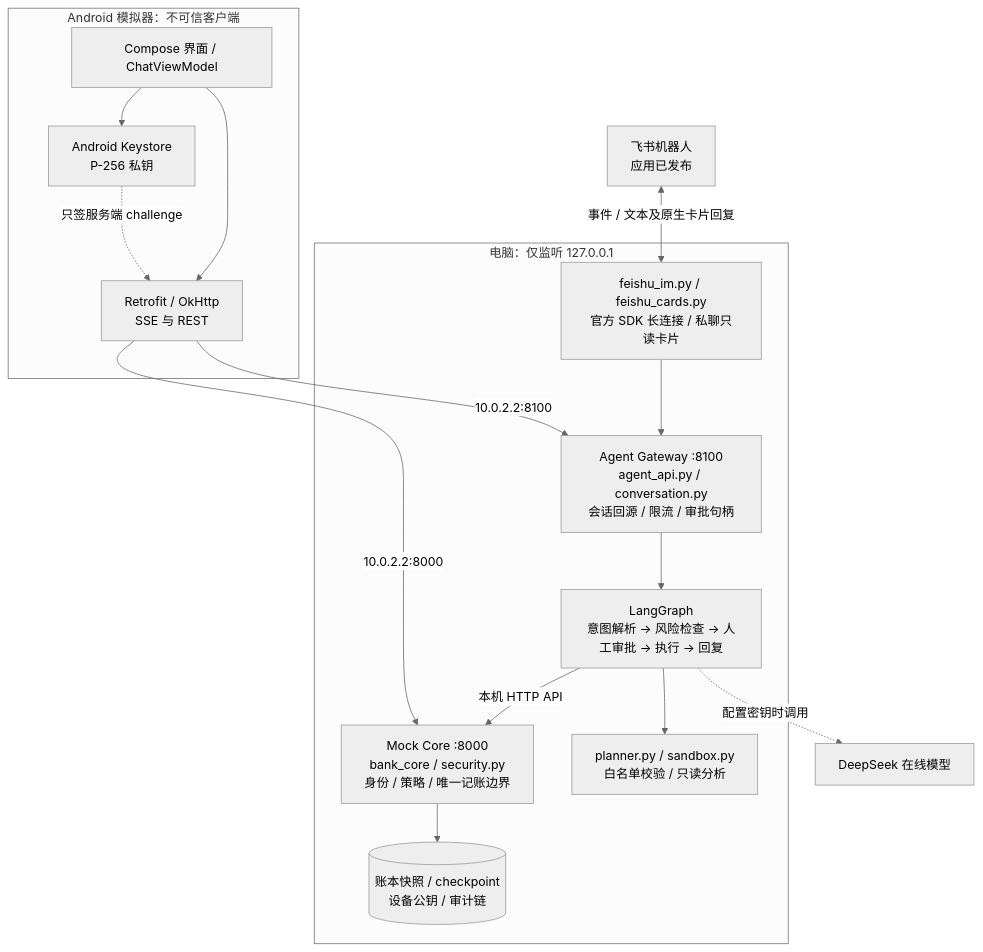
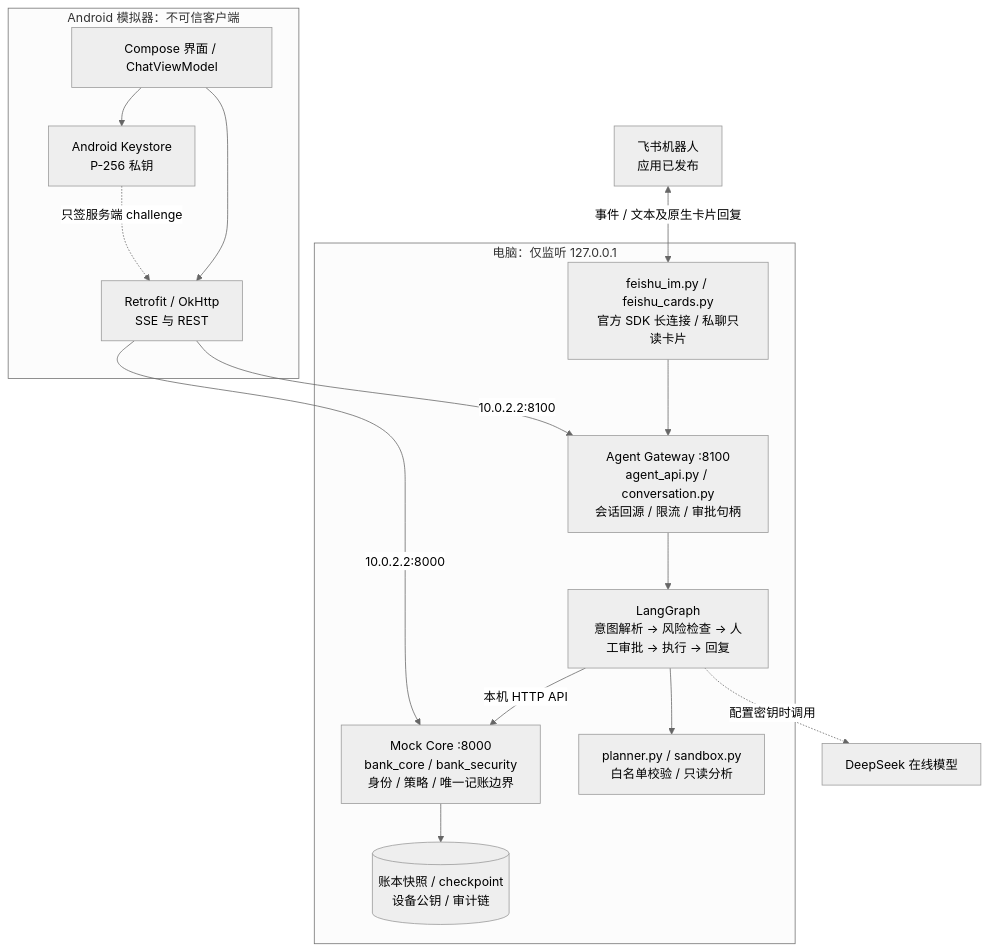
One commit to Zagadka-3906/ai-banking-agent changed the first of 2 diagrams in docs/技术文档.md. Above: the diagram before and after it, drawn with Mermaid (neutral theme). The commit also changed other lines of this file and 26 other files, not shown here.

First line of the commit message:
refactor(security): 将 2291 行的 security.py 拆分为 bank_security 包

````diff
--- a/docs/技术文档.md
+++ b/docs/技术文档.md
@@ -9,26 +9,26 @@
 ```mermaid
 flowchart TB
     subgraph Emulator[Android 模拟器：不可信客户端]
       UI[Compose 界面 / ChatViewModel]
       KEY[Android Keystore<br/>P-256 私钥]
       NET[Retrofit / OkHttp<br/>SSE 与 REST]
       UI --> NET
       UI --> KEY
     end
     subgraph Host[电脑：仅监听 127.0.0.1]
       GW[Agent Gateway :8100<br/>agent_api.py / conversation.py<br/>会话回源 / 限流 / 审批句柄]
       IM[feishu_im.py / feishu_cards.py<br/>官方 SDK 长连接 / 私聊只读卡片]
       GRAPH[LangGraph<br/>意图解析 → 风险检查 → 人工审批 → 执行 → 回复]
-      CORE[Mock Core :8000<br/>bank_core / security.py<br/>身份 / 策略 / 唯一记账边界]
+      CORE[Mock Core :8000<br/>bank_core / bank_security<br/>身份 / 策略 / 唯一记账边界]
       PLAN[planner.py / sandbox.py<br/>白名单校验 / 只读分析]
       STORE[(账本快照 / checkpoint<br/>设备公钥 / 审计链)]
       GW --> GRAPH --> PLAN
       IM --> GW
       GRAPH -->|本机 HTTP API| CORE --> STORE
     end
     NET -->|10.0.2.2:8100| GW
     NET -->|10.0.2.2:8000| CORE
     KEY -.只签服务端 challenge.-> NET
     GRAPH -.配置密钥时调用.-> LLM[DeepSeek 在线模型]
     FEISHU[飞书机器人<br/>应用已发布] <-->|事件 / 文本及原生卡片回复| IM
 ```
````
